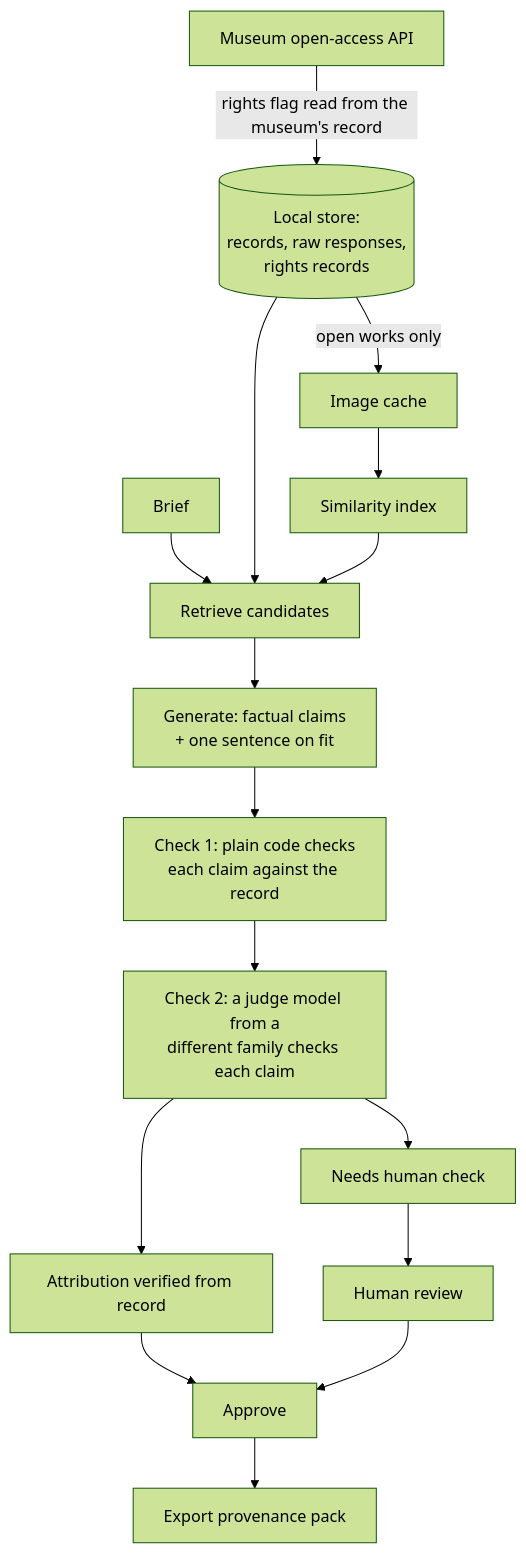
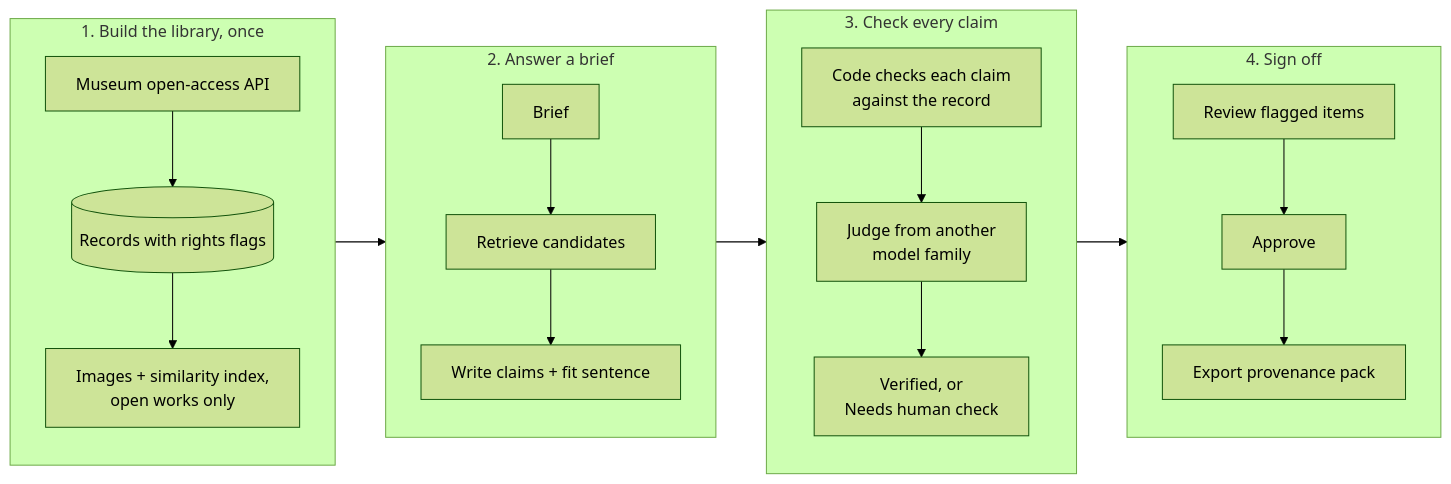
The second of 3 diagrams in README.md (sycrus/refdesk), drawn with Mermaid (forest theme) before and after one commit.

Commit message:
README: compact pipeline diagram into four stages (refs #210)
Claude-Session: https://claude.ai/code/session_01J5QtF31aWhHDCbAoX1aP15

````diff
--- a/README.md
+++ b/README.md
@@ -39,17 +39,23 @@
 ```mermaid
-flowchart TD
-  M[Museum open-access API] -->|rights flag read from the museum's record| S[(Local store:<br/>records, raw responses,<br/>rights records)]
-  S -->|open works only| I[Image cache]
-  I --> X[Similarity index]
-  B[Brief] --> R[Retrieve candidates]
-  S --> R
-  X --> R
-  R --> G[Generate: factual claims<br/>+ one sentence on fit]
-  G --> V1[Check 1: plain code checks<br/>each claim against the record]
-  V1 --> V2[Check 2: a judge model from a<br/>different family checks each claim]
-  V2 --> OK[Attribution verified from record]
-  V2 --> NHC[Needs human check]
-  OK --> AP[Approve]
-  NHC --> RV[Human review] --> AP
-  AP --> EX[Export provenance pack]
+flowchart LR
+  subgraph S1 [1. Build the library, once]
+    direction TB
+    M[Museum open-access API] --> ST[(Records with rights flags)]
+    ST --> IX[Images + similarity index,<br/>open works only]
+  end
+  subgraph S2 [2. Answer a brief]
+    direction TB
+    BR[Brief] --> R[Retrieve candidates]
+    R --> G[Write claims + fit sentence]
+  end
+  subgraph S3 [3. Check every claim]
+    direction TB
+    V1[Code checks each claim<br/>against the record] --> V2[Judge from another<br/>model family]
+    V2 --> F[Verified, or<br/>Needs human check]
+  end
+  subgraph S4 [4. Sign off]
+    direction TB
+    RV[Review flagged items] --> AP[Approve] --> EX[Export provenance pack]
+  end
+  S1 --> S2 --> S3 --> S4
 ```
````
